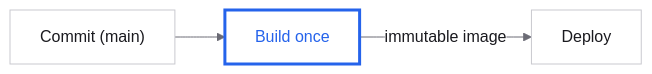
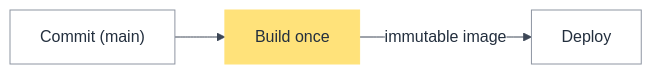
Before and after one commit to Paldom/diagram-skills: the first of 2 diagrams in skills/mermaid-draw/references/mermaid-gotchas.md, drawn with Mermaid. The commit also changed other lines of this file and 70 other files, not shown here.

````diff
--- a/skills/mermaid-draw/references/mermaid-gotchas.md
+++ b/skills/mermaid-draw/references/mermaid-gotchas.md
@@ -12,21 +12,21 @@
 ```mermaid
 ---
 config:
   theme: base
   look: classic
   layout: dagre
   themeVariables:
     primaryColor: "#FFFFFF"
-    primaryTextColor: "#1A1A1F"
-    primaryBorderColor: "#C9C9CF"
-    lineColor: "#6B6B75"
-    fontFamily: "Inter, Helvetica, Arial, sans-serif"
+    primaryTextColor: "#232F3E"
+    primaryBorderColor: "#8E95A2"
+    lineColor: "#3D4756"
+    fontFamily: "Manrope, Inter, Helvetica, Arial, sans-serif"
 ---
 flowchart LR
   accTitle: Deploy pipeline
   accDescr: One artifact moves through three gates
   A["Commit (main)"] --> B["Build once"]
   B -->|"immutable image"| C["Deploy"]
-  classDef accent stroke:#2563EB,stroke-width:3px,color:#2563EB
+  classDef accent fill:#FFE27A,stroke:#FFE27A,color:#232F3E
   class B accent
 ```
````
